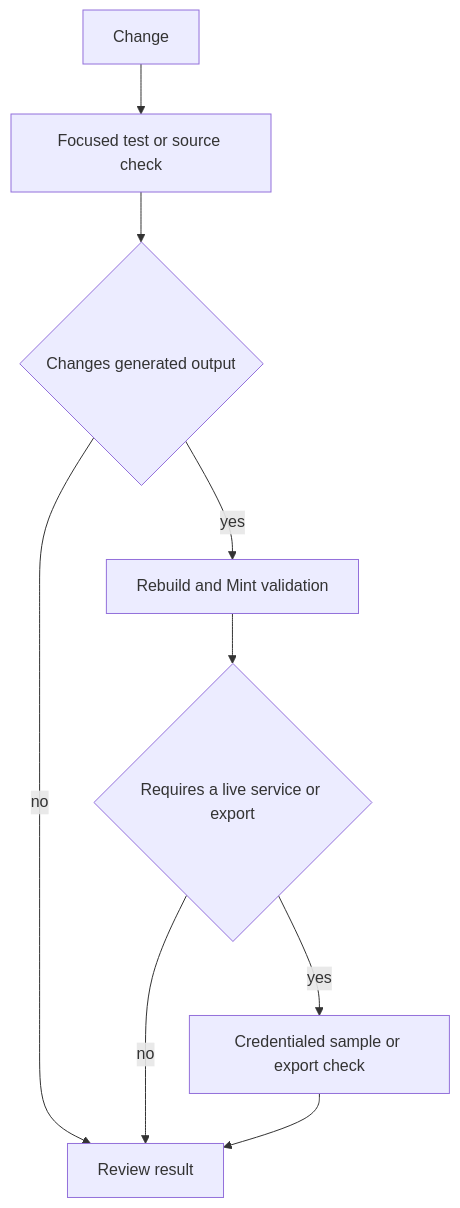
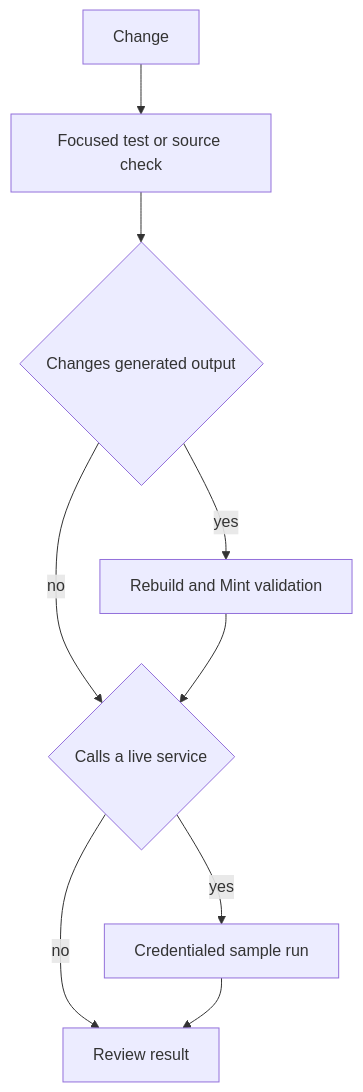
Before and after one commit to langchain-ai/docs: the first of 2 diagrams in openwiki/testing/test-overview.md, drawn with Mermaid. The commit also changed other lines of this file and 18 other files, not shown here.

````diff
--- a/openwiki/testing/test-overview.md
+++ b/openwiki/testing/test-overview.md
@@ -68,11 +71,11 @@
 ```mermaid
 flowchart TD
   Change["Change"] --> Focused["Focused test or source check"]
   Focused --> Output{"Changes generated output"}
   Output -->|"yes"| Build["Rebuild and Mint validation"]
-  Output -->|"no"| Review["Review result"]
-  Build --> Live{"Requires a live service or export"}
-  Live -->|"yes"| Remote["Credentialed sample or export check"]
-  Live -->|"no"| Review
-  Remote --> Review
+  Output -->|"no"| Boundary{"Calls a live service"}
+  Build --> Boundary
+  Boundary -->|"yes"| Live["Credentialed sample run"]
+  Boundary -->|"no"| Review["Review result"]
+  Live --> Review
 ```
````
